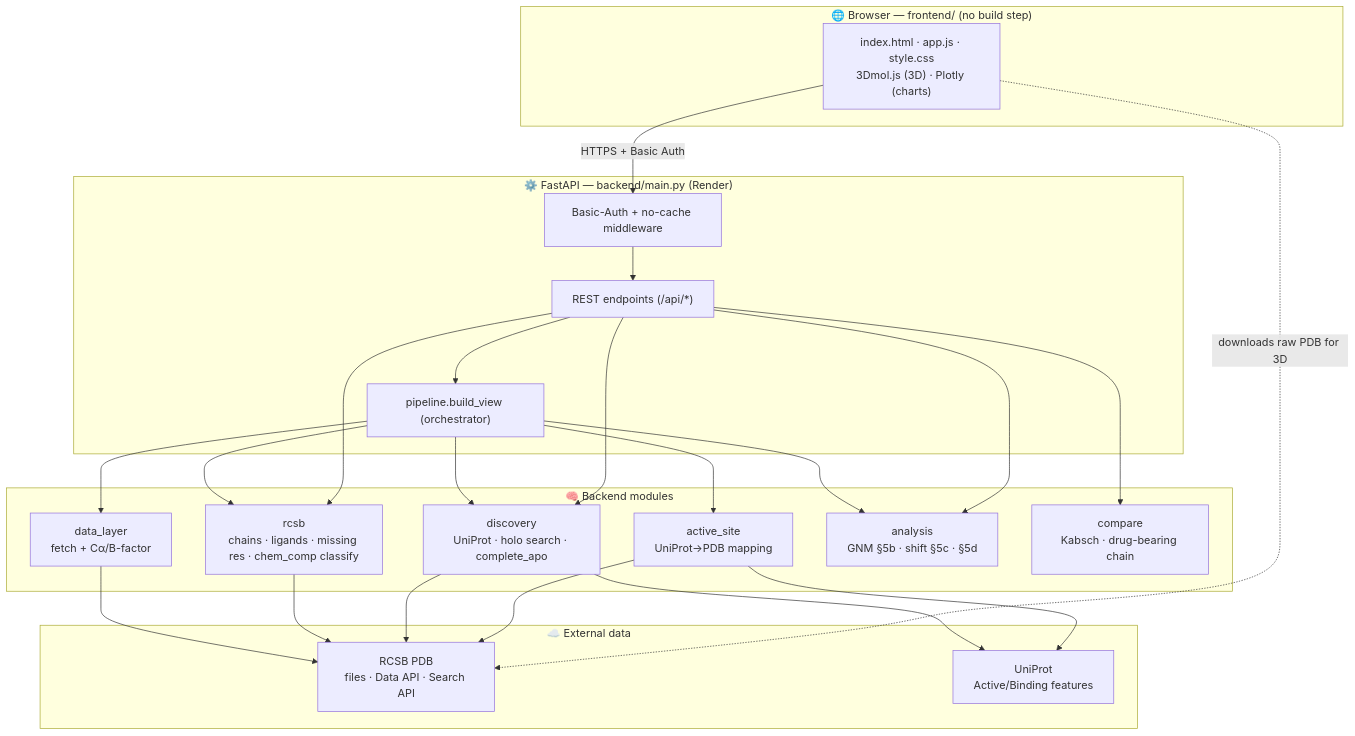
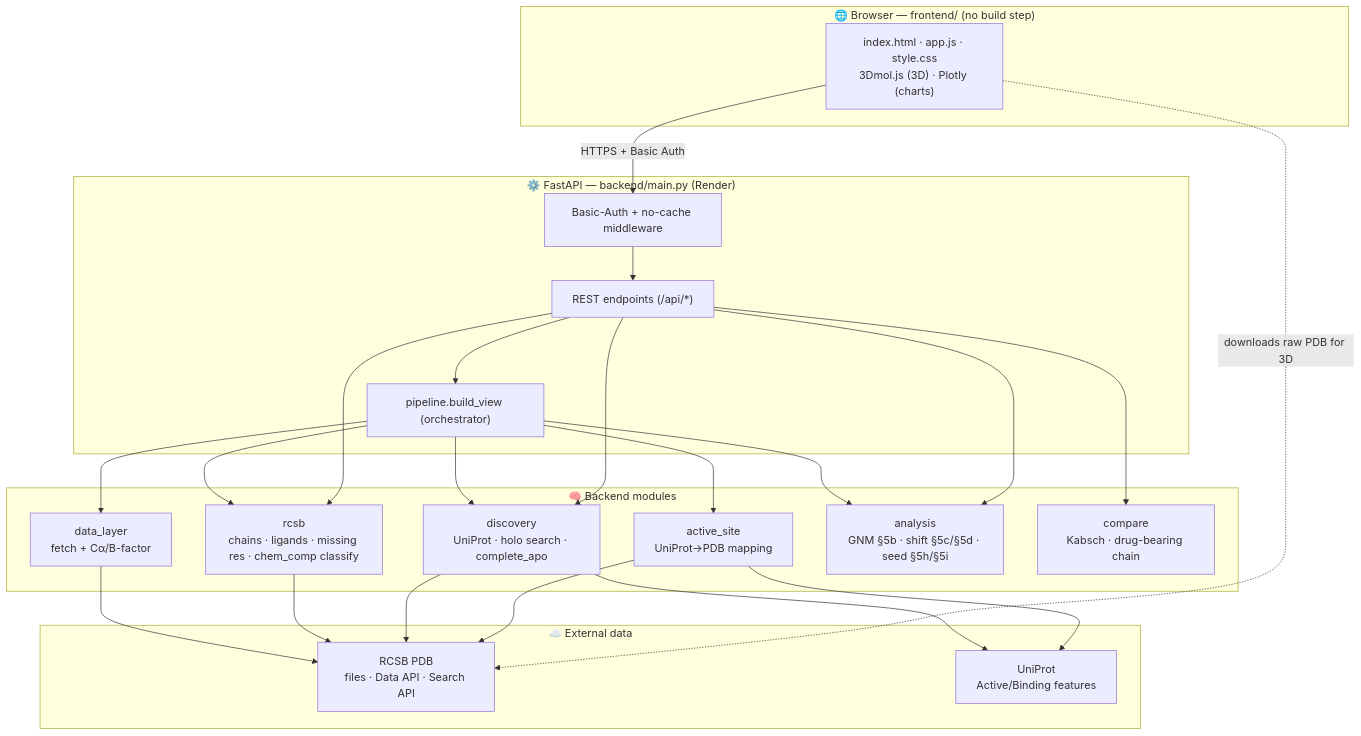
Before and after one commit to Oussema-t/Quantum_allosteric-scanner: the first of 4 diagrams in ARCHITECTURE.md, drawn with Mermaid. The commit also changed other lines of this file and 6 other files, not shown here.

````diff
--- a/ARCHITECTURE.md
+++ b/ARCHITECTURE.md
@@ -14,36 +14,36 @@
 ```mermaid
 flowchart TB
   subgraph Browser["🌐 Browser — frontend/ (no build step)"]
     UI["index.html · app.js · style.css<br/>3Dmol.js (3D) · Plotly (charts)"]
   end
 
   subgraph Server["⚙️ FastAPI — backend/main.py (Render)"]
     MW["Basic-Auth + no-cache middleware"]
     EP["REST endpoints (/api/*)"]
     PIPE["pipeline.build_view (orchestrator)"]
   end
 
   subgraph Core["🧠 Backend modules"]
     DL["data_layer<br/>fetch + Cα/B-factor"]
     RCSB["rcsb<br/>chains · ligands · missing res · chem_comp classify"]
     DISC["discovery<br/>UniProt · holo search · complete_apo"]
     ACT["active_site<br/>UniProt→PDB mapping"]
-    ANA["analysis<br/>GNM §5b · shift §5c · §5d"]
+    ANA["analysis<br/>GNM §5b · shift §5c/§5d · seed §5h/§5i"]
     CMP["compare<br/>Kabsch · drug-bearing chain"]
   end
 
   subgraph Ext["☁️ External data"]
     PDB["RCSB PDB<br/>files · Data API · Search API"]
     UNI["UniProt<br/>Active/Binding features"]
   end
 
   UI -->|"HTTPS + Basic Auth"| MW --> EP
   EP --> PIPE
   PIPE --> DL & RCSB & DISC & ACT & ANA
   EP --> CMP & ANA & RCSB & DISC
   DL --> PDB
   RCSB --> PDB
   DISC --> PDB & UNI
   ACT --> UNI & PDB
   UI -.->|"downloads raw PDB for 3D"| PDB
 ```
````
